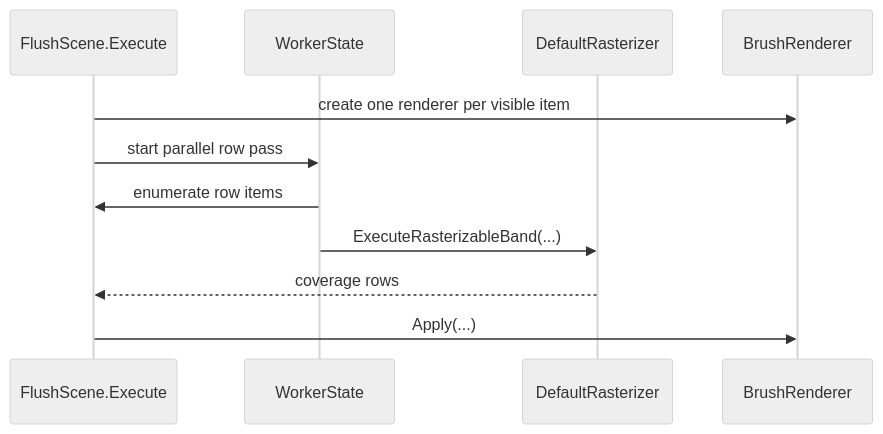
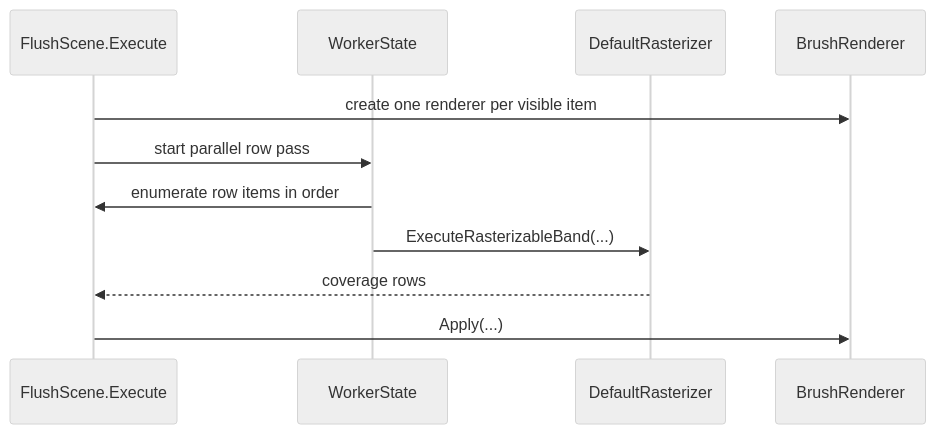
One commit to SixLabors/ImageSharp.Drawing changed the third of 4 diagrams in src/ImageSharp.Drawing/Processing/Backends/DEFAULT_DRAWING_BACKEND.md. Above: the diagram before and after it, drawn with Mermaid (neutral theme). The commit also changed other lines of this file and 6 other files, not shown here.

````diff
--- a/src/ImageSharp.Drawing/Processing/Backends/DEFAULT_DRAWING_BACKEND.md
+++ b/src/ImageSharp.Drawing/Processing/Backends/DEFAULT_DRAWING_BACKEND.md
@@ -219,14 +223,14 @@
 ```mermaid
 sequenceDiagram
     participant Exec as FlushScene.Execute
     participant Worker as WorkerState
     participant Raster as DefaultRasterizer
     participant Brush as BrushRenderer
 
     Exec->>Brush: create one renderer per visible item
     Exec->>Worker: start parallel row pass
-    Worker->>Exec: enumerate row items
+    Worker->>Exec: enumerate row items in order
     Worker->>Raster: ExecuteRasterizableBand(...)
     Raster-->>Exec: coverage rows
     Exec->>Brush: Apply(...)
 ```
````
